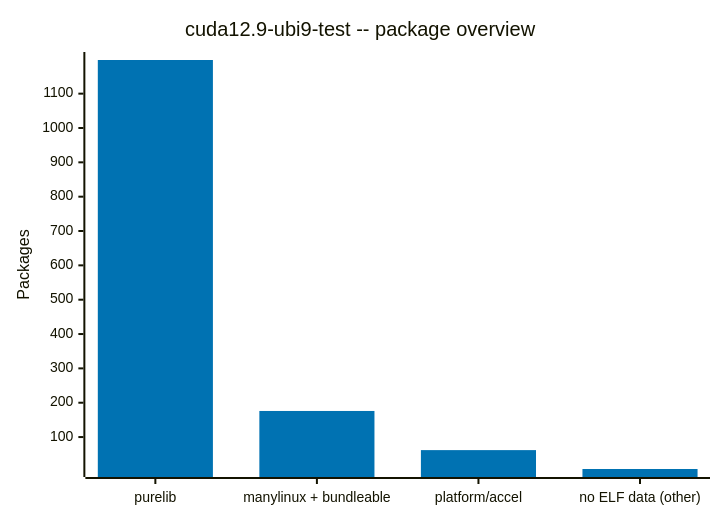
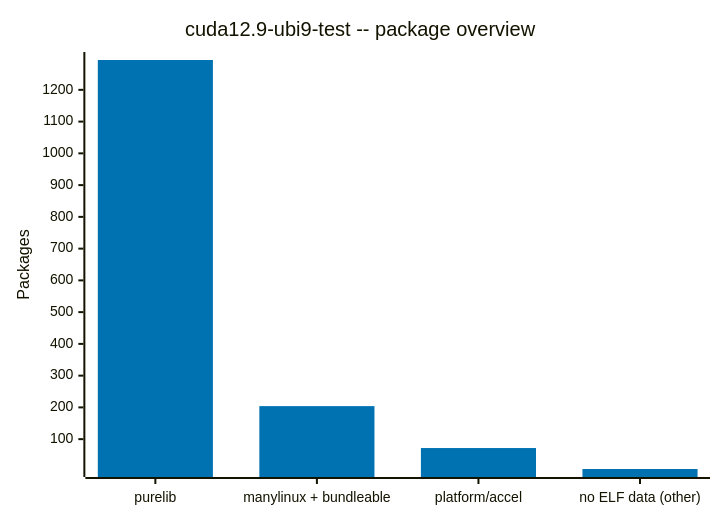
Before and after one commit to tiran/sdist-analyzer-results: the diagram in data/rhoai-3.6/cuda12.9-ubi9-test/elf-analysis.md, drawn with Mermaid. The commit also changed other lines of this file and 27529 other files, not shown here.

````diff
--- a/data/rhoai-3.6/cuda12.9-ubi9-test/elf-analysis.md
+++ b/data/rhoai-3.6/cuda12.9-ubi9-test/elf-analysis.md
@@ -25,8 +25,8 @@
 ```mermaid
 %%{init: {"theme": "base", "themeVariables": {"xyChart": {"plotColorPalette": "#0072B2, #009E73, #D55E00, #999999"}}}}%%
 xychart-beta
     title "cuda12.9-ubi9-test -- package overview"
     x-axis ["purelib", "manylinux + bundleable", "platform/accel", "no ELF data (other)"]
     y-axis "Packages"
-    bar [1198, 176, 62, 7]
+    bar [1294, 204, 72, 6]
 ```
````
